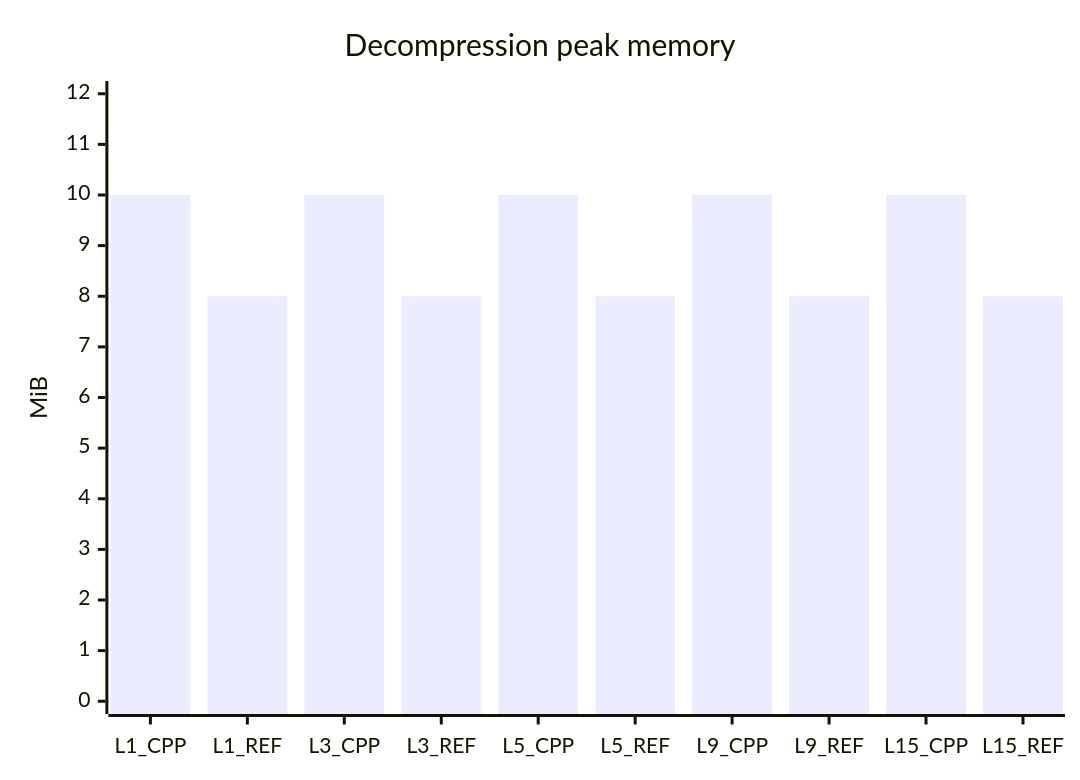
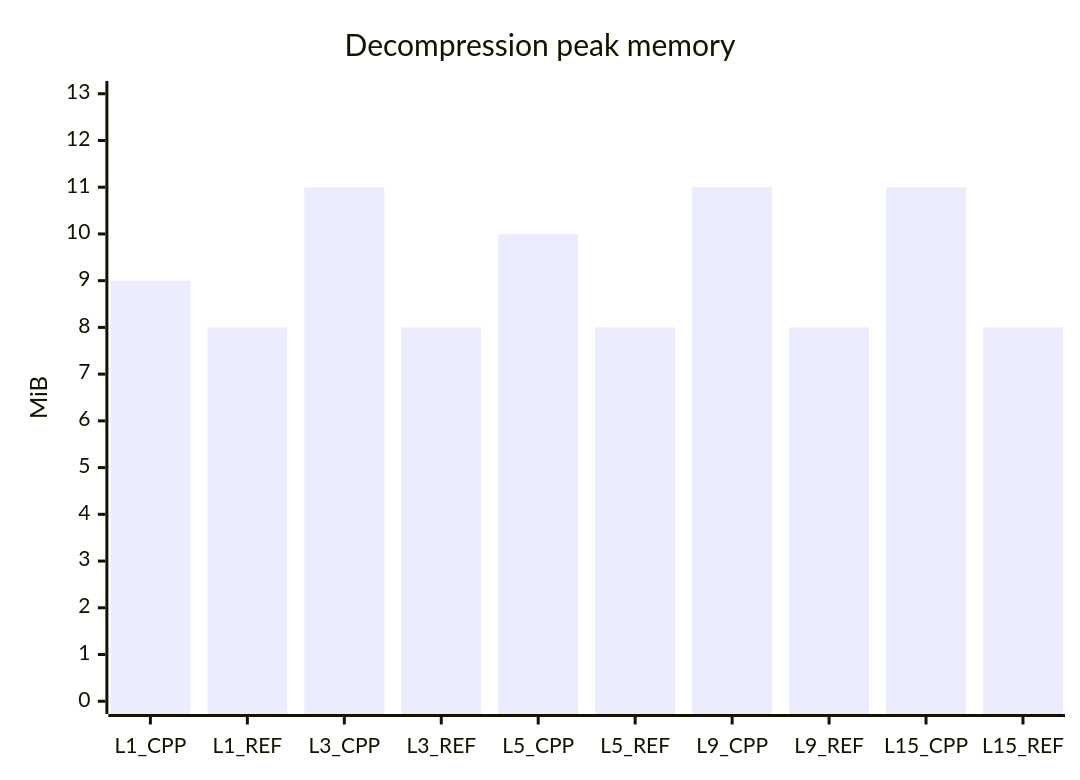
The sixth of 7 diagrams in README.md (mheyman/zstdpp), drawn with Mermaid before and after one commit. The commit also changed other lines of this file and 1 other file, not shown here.

````diff
--- a/README.md
+++ b/README.md
@@ -168,7 +168,7 @@
 ```mermaid
 xychart-beta
     title "Decompression peak memory"
     x-axis [L1_CPP, L1_REF, L3_CPP, L3_REF, L5_CPP, L5_REF, L9_CPP, L9_REF, L15_CPP, L15_REF]
-    y-axis "MiB" 0 --> 12
-    bar [10, 8, 10, 8, 10, 8, 10, 8, 10, 8]
+    y-axis "MiB" 0 --> 13
+    bar [9, 8, 11, 8, 10, 8, 11, 8, 11, 8]
 ```
````
